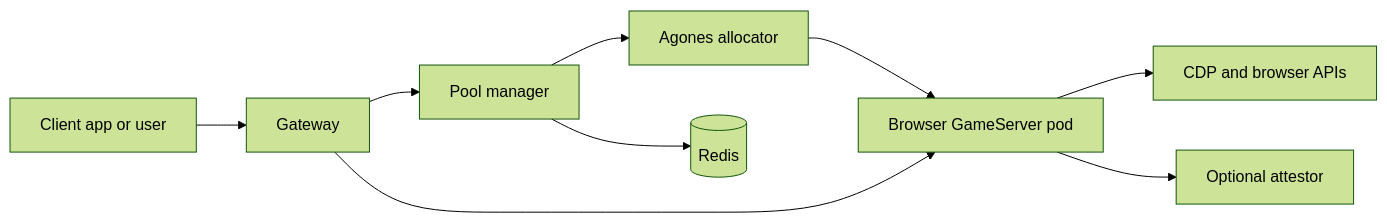
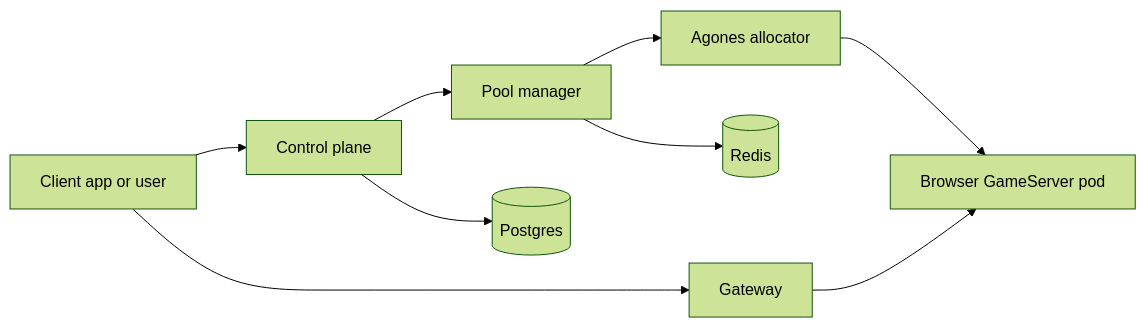
The diagram in README.md (reclaimprotocol/popcorn-oss), drawn with Mermaid (forest theme) before and after one commit. The commit also changed other lines of this file and 176 other files, not shown here.

````diff
--- a/README.md
+++ b/README.md
@@ -26,11 +35,11 @@
 ```mermaid
 flowchart LR
-    client[Client app or user] --> gateway[Gateway]
-    gateway --> pool[Pool manager]
-    pool --> agones[Agones allocator]
-    agones --> browser[Browser GameServer pod]
+    client["Client app or user"] --> control["Control plane"]
+    control --> pool["Pool manager"]
+    pool --> agones["Agones allocator"]
+    agones --> browser["Browser GameServer pod"]
+    client --> gateway["Gateway"]
     gateway --> browser
-    browser --> cdp[CDP and browser APIs]
-    browser --> proof[Optional attestor]
-    pool --> redis[(Redis)]
+    pool --> redis[("Redis")]
+    control --> postgres[("Postgres")]
 ```
````
